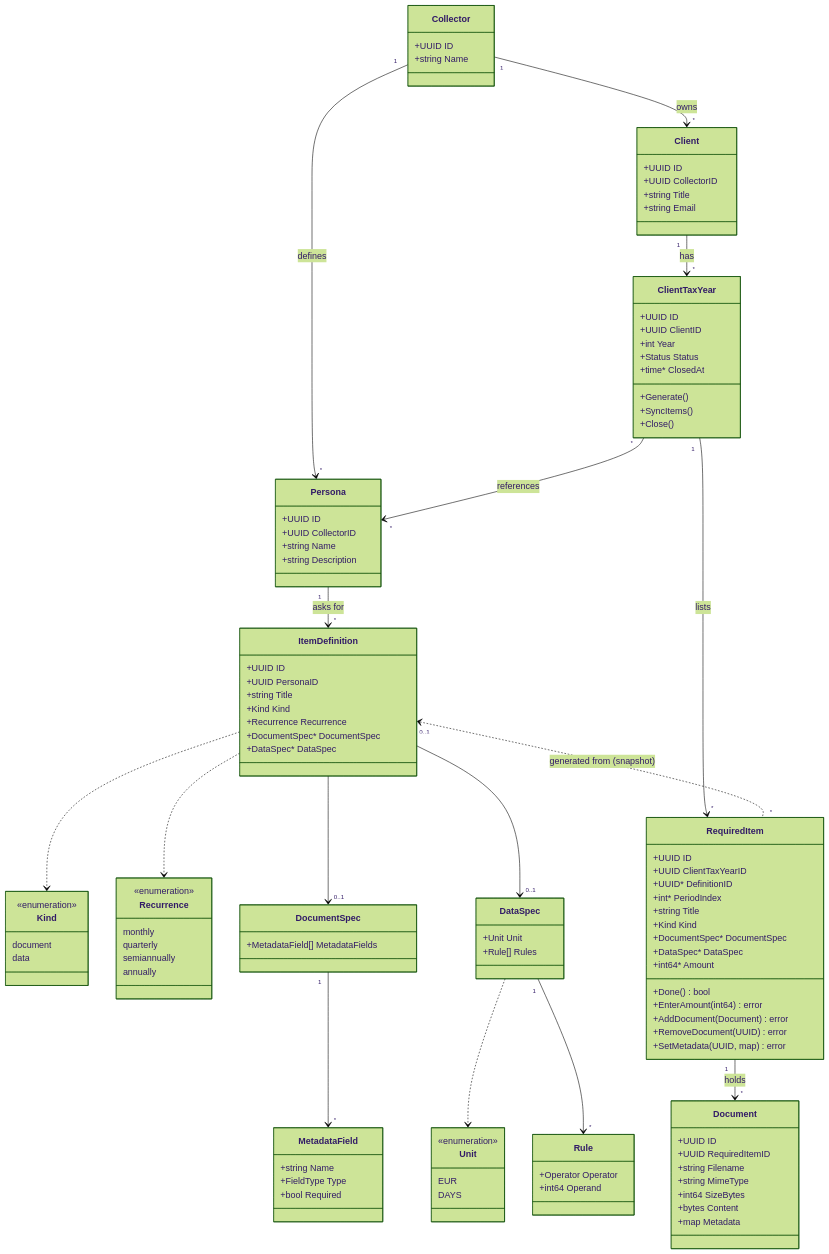
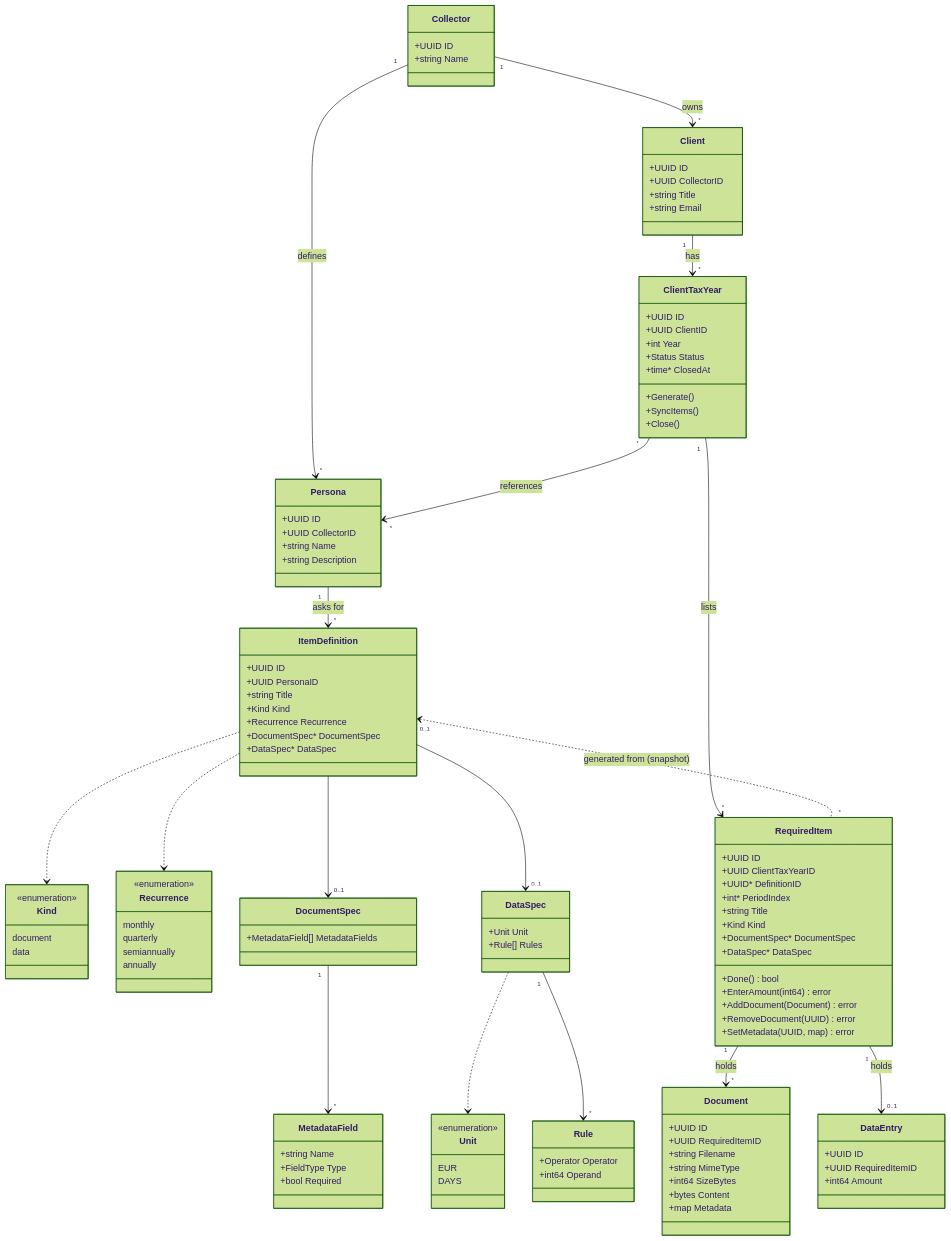
One commit to TimoSto/tax-return-organizer changed the diagram in README.md. Above: the diagram before and after it, drawn with Mermaid (forest theme). The commit also changed other lines of this file, not shown here.

````diff
--- a/README.md
+++ b/README.md
@@ -158,12 +158,17 @@
         +Kind Kind
         +DocumentSpec* DocumentSpec
         +DataSpec* DataSpec
-        +int64* Amount
         +Done() bool
         +EnterAmount(int64) error
         +AddDocument(Document) error
         +RemoveDocument(UUID) error
         +SetMetadata(UUID, map) error
+    }
+
+    class DataEntry {
+        +UUID ID
+        +UUID RequiredItemID
+        +int64 Amount
     }
 
     class Document {
@@ -192,4 +197,5 @@
     ClientTaxYear "1" --> "*" RequiredItem : lists
     ItemDefinition "0..1" <.. "*" RequiredItem : generated from (snapshot)
     RequiredItem "1" --> "*" Document : holds
+    RequiredItem "1" --> "0..1" DataEntry : holds
 ```
````
